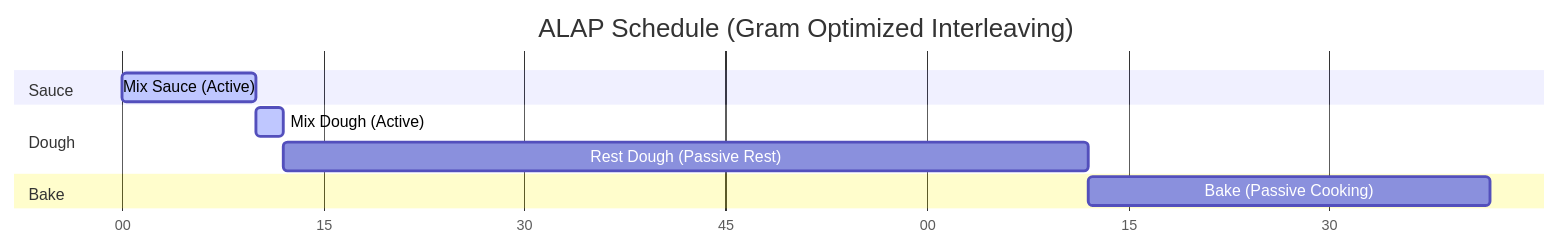
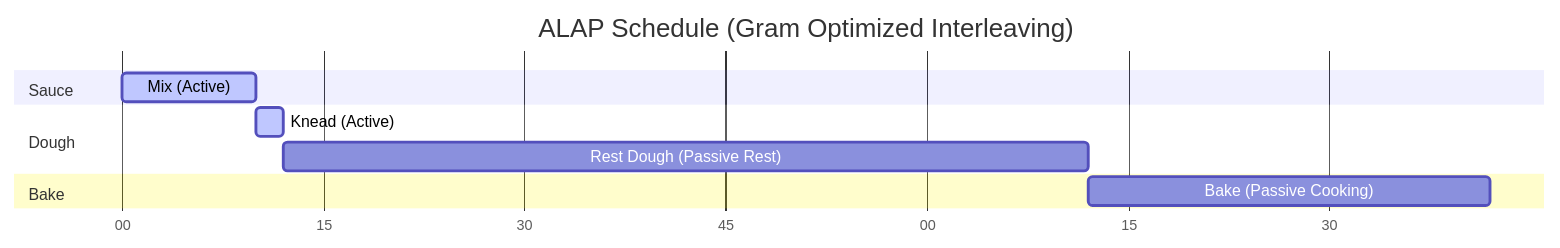
Before and after one commit to gram-lang/gram: the second of 3 diagrams in packages/docs/src/explanation/alap-scheduling.md, drawn with Mermaid. The commit also changed other lines of this file and 3 other files, not shown here.

````diff
--- a/packages/docs/src/explanation/alap-scheduling.md
+++ b/packages/docs/src/explanation/alap-scheduling.md
@@ -47,16 +49,16 @@
 ```mermaid
 gantt
     title ALAP Schedule (Gram Optimized Interleaving)
     dateFormat  m
     axisFormat %M
     
     section Sauce
-    Mix Sauce (Active)             : active, b1, 0, 10m
+    Mix (Active)                   : active, b1, 0, 10m
     
     section Dough
-    Mix Dough (Active)             : active, b2, after b1, 2m
+    Knead (Active)                 : active, b2, after b1, 2m
     Rest Dough (Passive Rest)      : b3, after b2, 60m
     
     section Bake
     Bake (Passive Cooking)         : b4, after b3, 30m
 ```
````
